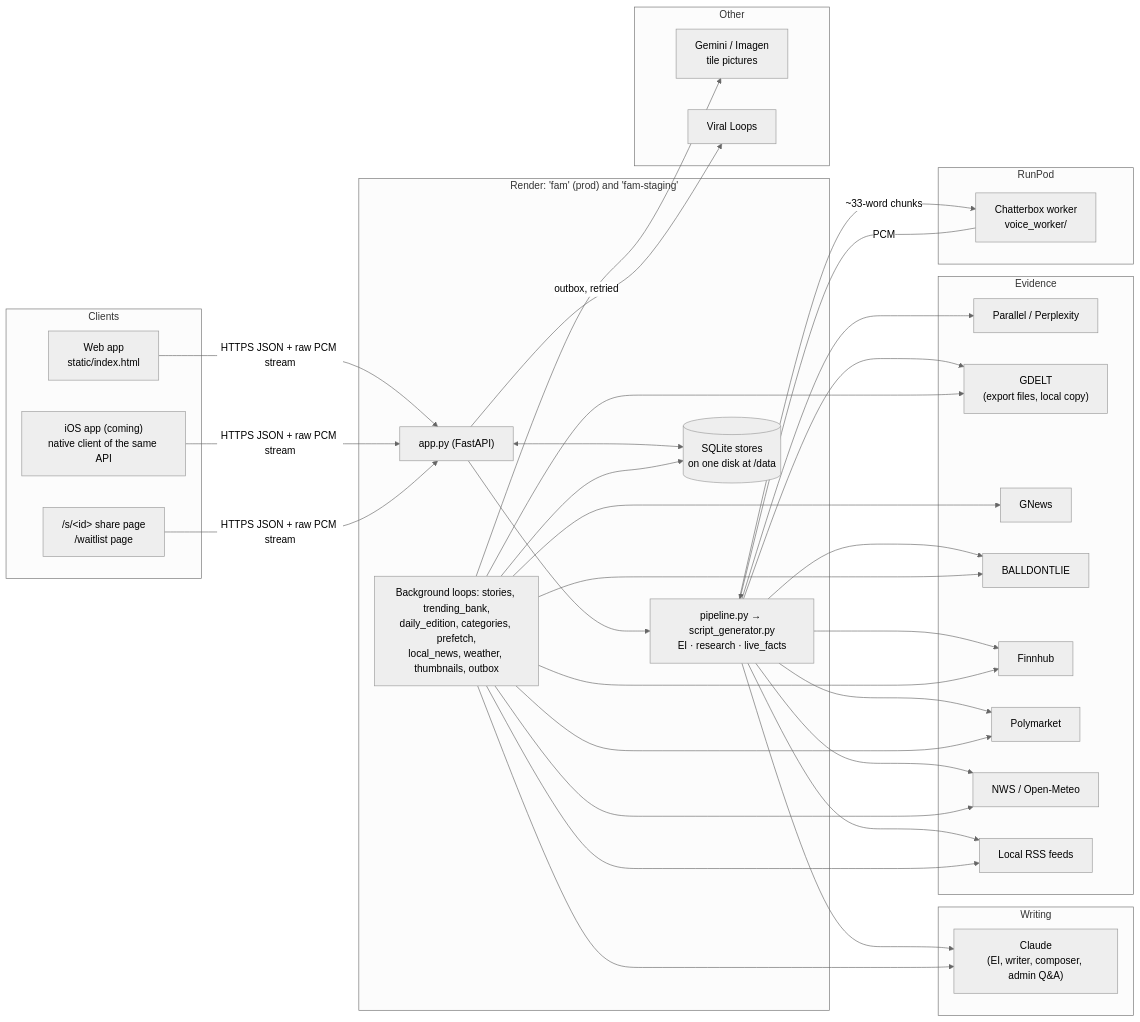
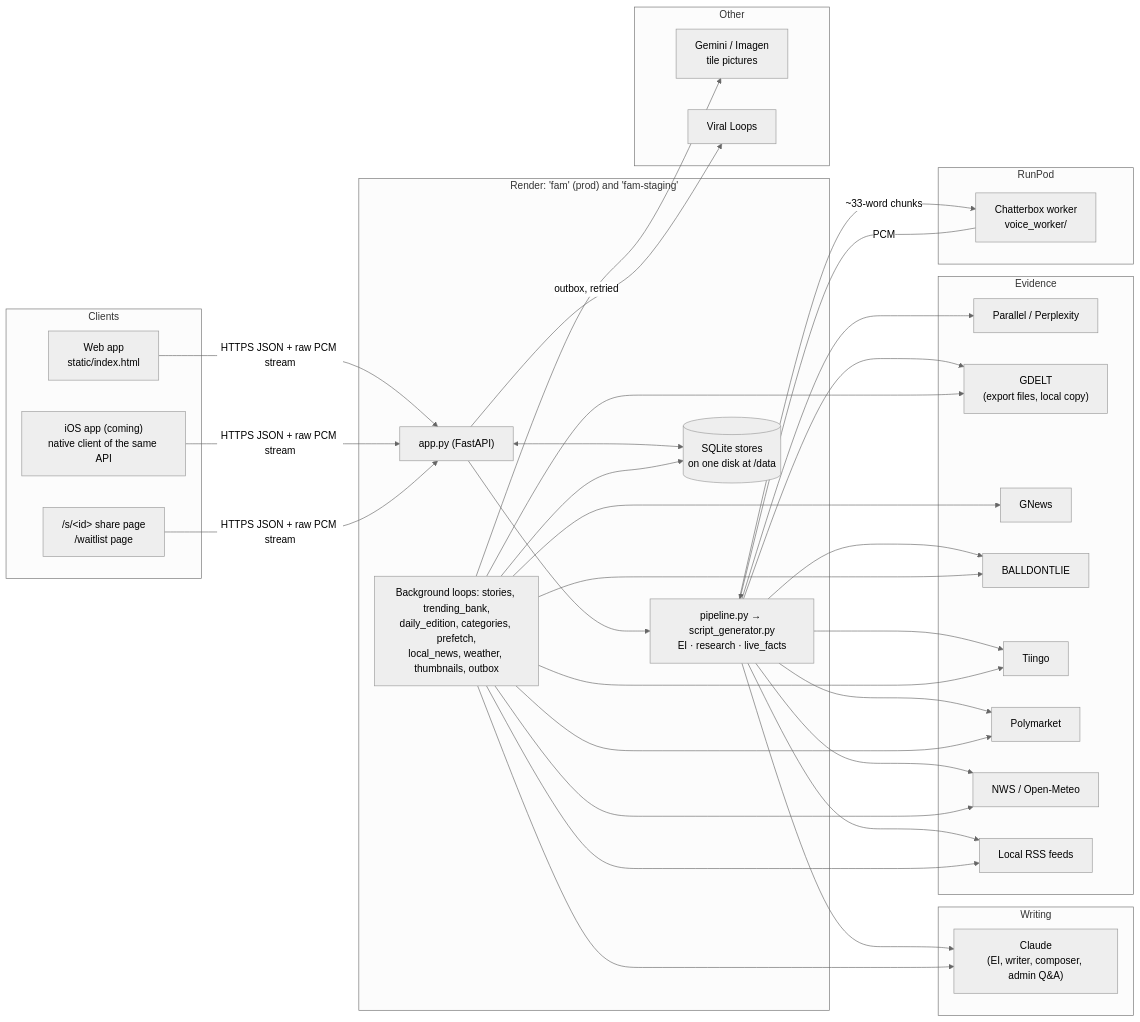
One commit to tjweingart-byte/FAM changed the diagram in docs/ONBOARDING.md. Above: the diagram before and after it, drawn with Mermaid (neutral theme). The commit also changed other lines of this file and 46 other files, not shown here.

First line of the commit message:
Remove API-Sports and Finnhub; BALLDONTLIE and Tiingo are the providers

````diff
--- a/docs/ONBOARDING.md
+++ b/docs/ONBOARDING.md
@@ -125,43 +125,43 @@
 ```mermaid
 flowchart LR
   subgraph Clients
     WEB["Web app<br/>static/index.html"]
     IOS["iOS app (coming)<br/>native client of the same API"]
     PAGES["/s/&lt;id&gt; share page<br/>/waitlist page"]
   end
   subgraph Render["Render: 'fam' (prod) and 'fam-staging'"]
     APP["app.py (FastAPI)"]
     PIPE["pipeline.py → script_generator.py<br/>EI · research · live_facts"]
     BG["Background loops: stories, trending_bank,<br/>daily_edition, categories, prefetch,<br/>local_news, weather, thumbnails, outbox"]
     DB[("SQLite stores<br/>on one disk at /data")]
   end
   subgraph Writing
     CL["Claude<br/>(EI, writer, composer, admin Q&A)"]
   end
   subgraph Evidence
     WEBS["Parallel / Perplexity"]
     GD["GDELT<br/>(export files, local copy)"]
     GN[GNews]
     AS[BALLDONTLIE]
-    FH[Finnhub]
+    FH[Tiingo]
     PM[Polymarket]
     WX[NWS / Open-Meteo]
     RSS[Local RSS feeds]
   end
   subgraph Other
     GEM["Gemini / Imagen<br/>tile pictures"]
     VL[Viral Loops]
   end
   subgraph RunPod
     TTS["Chatterbox worker<br/>voice_worker/"]
   end
   WEB & IOS & PAGES -- "HTTPS JSON + raw PCM stream" --> APP
   APP --> PIPE --> CL
   PIPE --> WEBS & GD & AS & FH & PM & WX & RSS
   PIPE -- "~33-word chunks" --> TTS
   TTS -- PCM --> PIPE
   APP <--> DB
   BG --> CL & GN & GD & AS & FH & PM & WX & RSS & GEM
   BG --> DB
   APP -- "outbox, retried" --> VL
 ```
````
